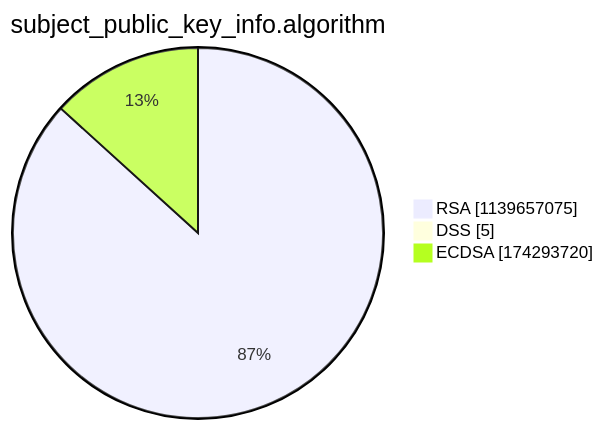
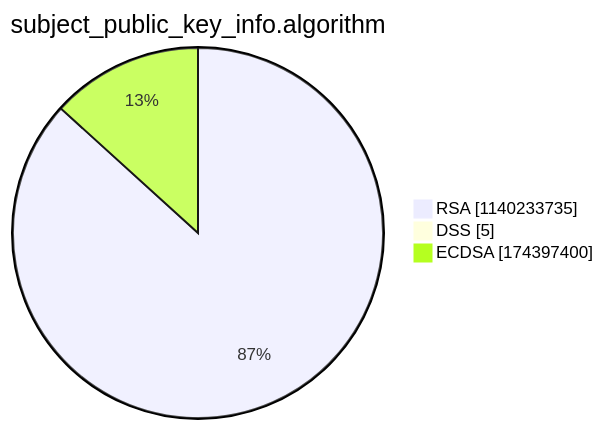
Before and after one commit to christiankrug/ctmonitor_visualization: the third of 15 diagrams in argon2022/README.md, drawn with Mermaid. The commit also changed other lines of this file, not shown here.

````diff
--- a/argon2022/README.md
+++ b/argon2022/README.md
@@ -14,7 +14,7 @@
 ```mermaid
 pie showData
 title subject_public_key_info.algorithm
-"RSA" :1139657075
+"RSA" :1140233735
 "DSS" :5
-"ECDSA" :174293720
+"ECDSA" :174397400
 ```
````
